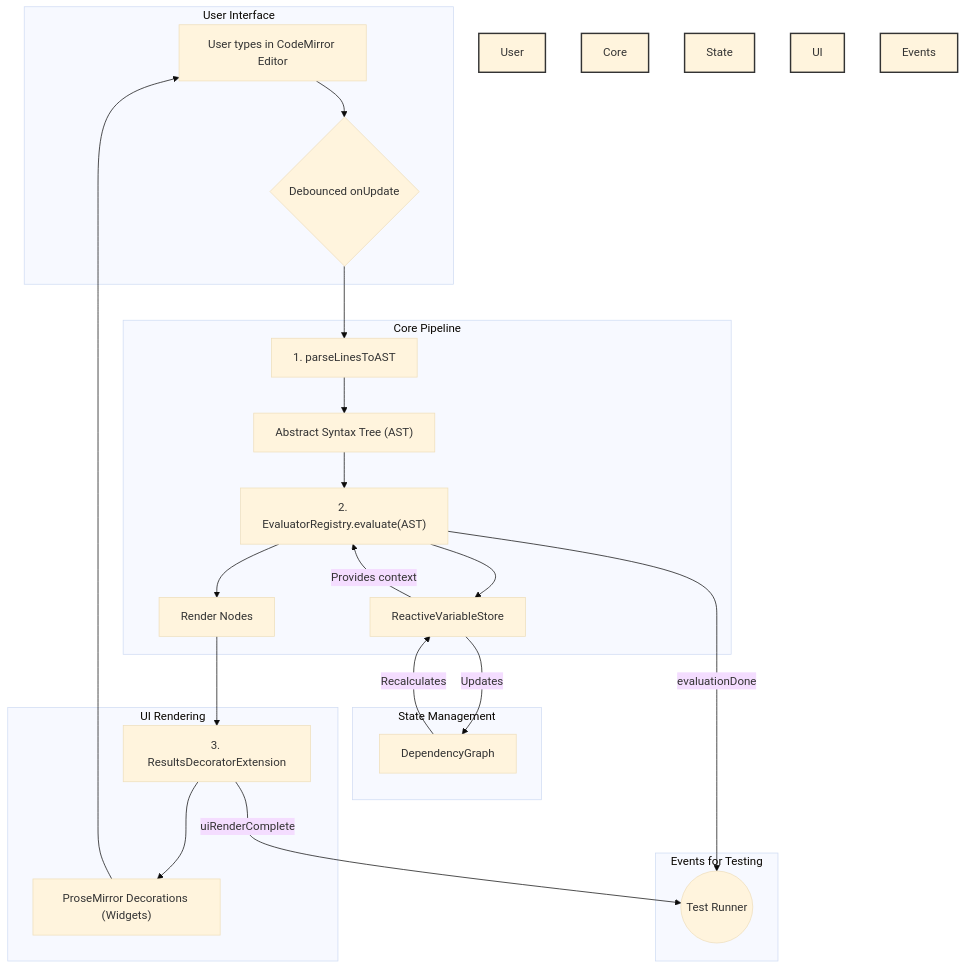
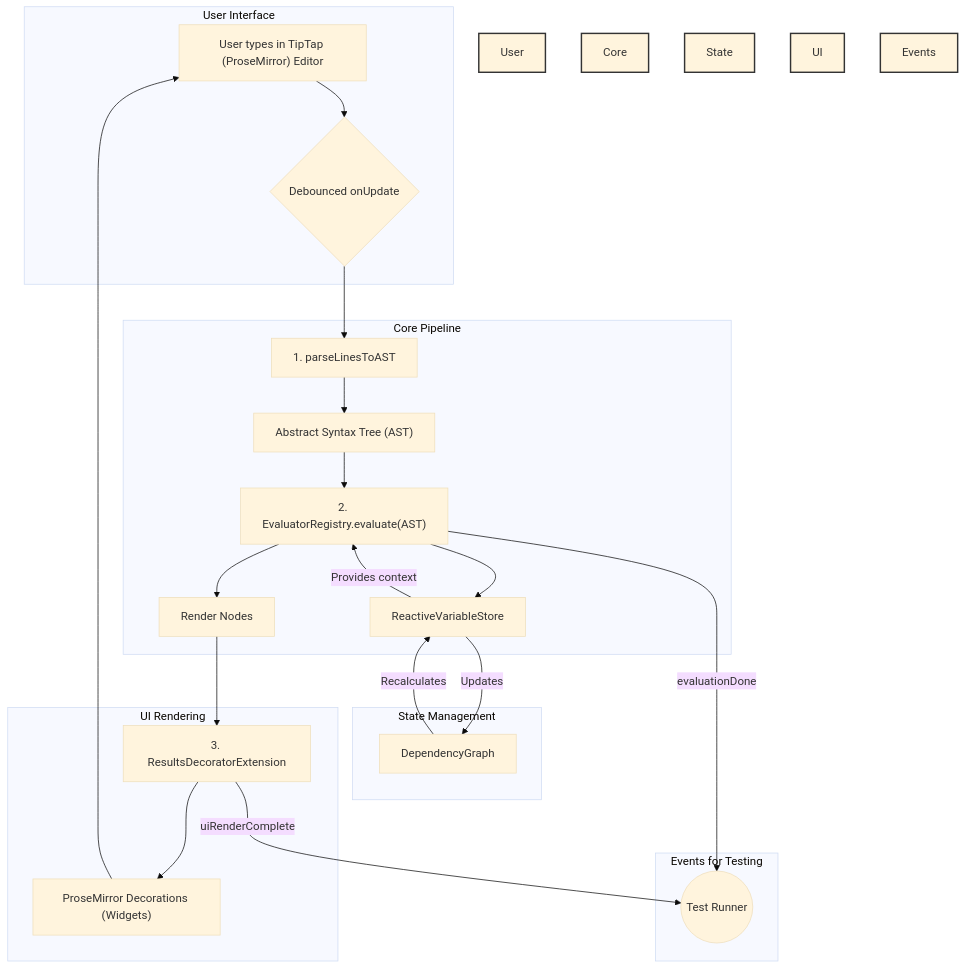
One commit to nmaxcom/SmartPad changed the diagram in docs/ARCHITECTURE.md. Above: the diagram before and after it, drawn with Mermaid (base theme). The commit also changed other lines of this file and 26 other files, not shown here.

````diff
--- a/docs/ARCHITECTURE.md
+++ b/docs/ARCHITECTURE.md
@@ -23,37 +23,37 @@
 ```mermaid
 graph TD
     subgraph User Interface
-        A["User types in CodeMirror Editor"] --> B{"Debounced onUpdate"};
+        A["User types in TipTap (ProseMirror) Editor"] --> B{"Debounced onUpdate"};
     end
 
     subgraph Core Pipeline
         B --> C["1. parseLinesToAST"];
         C --> D["Abstract Syntax Tree (AST)"];
         D --> E["2. EvaluatorRegistry.evaluate(AST)"];
         E --> F["Render Nodes"];
         E --> G["ReactiveVariableStore"];
     end
 
     subgraph State Management
         G -- "Updates" --> H["DependencyGraph"];
         H -- "Recalculates" --> G;
         G -- "Provides context" --> E;
     end
 
     subgraph UI Rendering
         F --> I["3. ResultsDecoratorExtension"];
         I --> J["ProseMirror Decorations (Widgets)"];
         J --> A;
     end
 
     subgraph Events for Testing
         E -- "evaluationDone" --> K(("Test Runner"));
         I -- "uiRenderComplete" --> K;
     end
 
     style User Interface fill:#f9f,stroke:#333,stroke-width:2px
     style Core Pipeline fill:#ccf,stroke:#333,stroke-width:2px
     style State Management fill:#cfc,stroke:#333,stroke-width:2px
     style UI Rendering fill:#fcf,stroke:#333,stroke-width:2px
     style Events for Testing fill:#ffc,stroke:#333,stroke-width:2px
 ```
````
